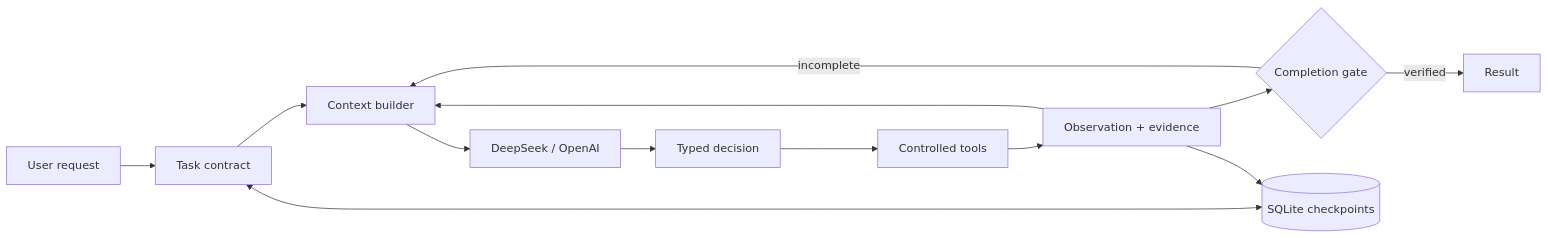
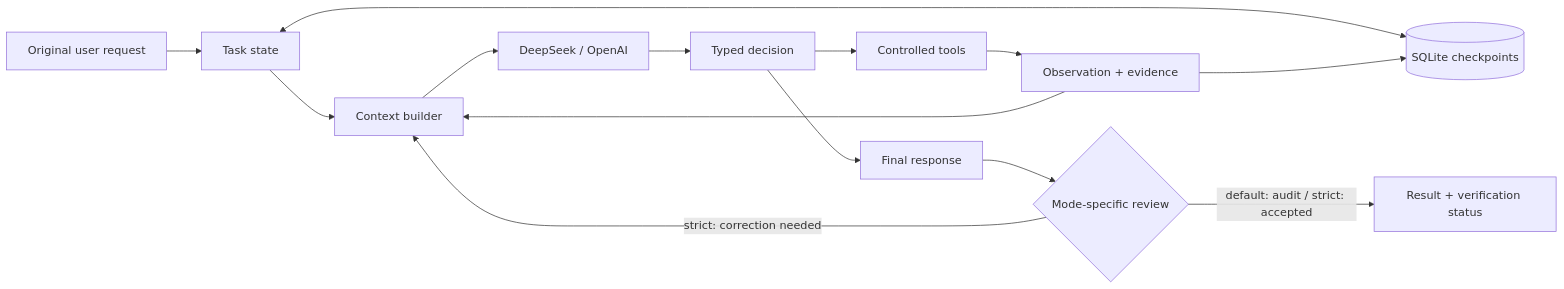
One commit to rochihihi/ragent changed the diagram in README.md. Above: the diagram before and after it, drawn with Mermaid. The commit also changed other lines of this file and 1 other file, not shown here.

````diff
--- a/README.md
+++ b/README.md
@@ -26,15 +29,16 @@
 ```mermaid
 flowchart LR
-    U[User request] --> C[Task contract]
+    U[Original user request] --> C[Task state]
     C --> X[Context builder]
     X --> M[DeepSeek / OpenAI]
     M --> D[Typed decision]
     D --> T[Controlled tools]
     T --> O[Observation + evidence]
     O --> X
-    O --> V{Completion gate}
-    V -->|verified| R[Result]
-    V -->|incomplete| X
+    D --> A[Final response]
+    A --> V{Mode-specific review}
+    V -->|default: audit / strict: accepted| R[Result + verification status]
+    V -->|strict: correction needed| X
     C <--> S[(SQLite checkpoints)]
     O --> S
 ```
````
